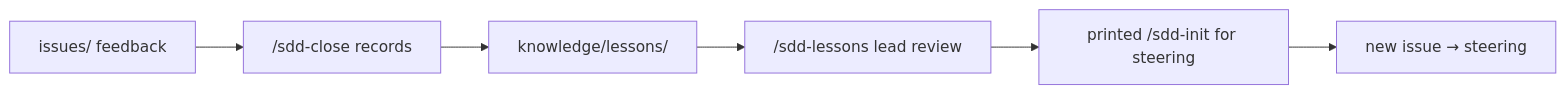
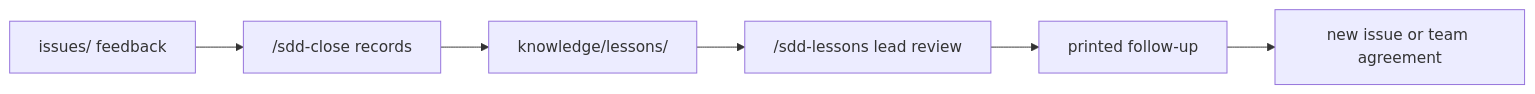
The fourth of 4 diagrams in README.md (paterapatera/sdd-orc), drawn with Mermaid before and after one commit. The commit also changed other lines of this file and 8 other files, not shown here.

````diff
--- a/README.md
+++ b/README.md
@@ -210,8 +219,8 @@
 ```mermaid
 flowchart LR
   issue["issues/ feedback"] --> close["/sdd-close records"]
   close --> lessons["knowledge/lessons/"]
   lessons --> review["/sdd-lessons lead review"]
-  review --> steerMsg["printed /sdd-init for steering"]
-  steerMsg --> newIssue["new issue → steering"]
+  review --> follow["printed follow-up"]
+  follow --> newIssue["new issue or team agreement"]
 ```
````
